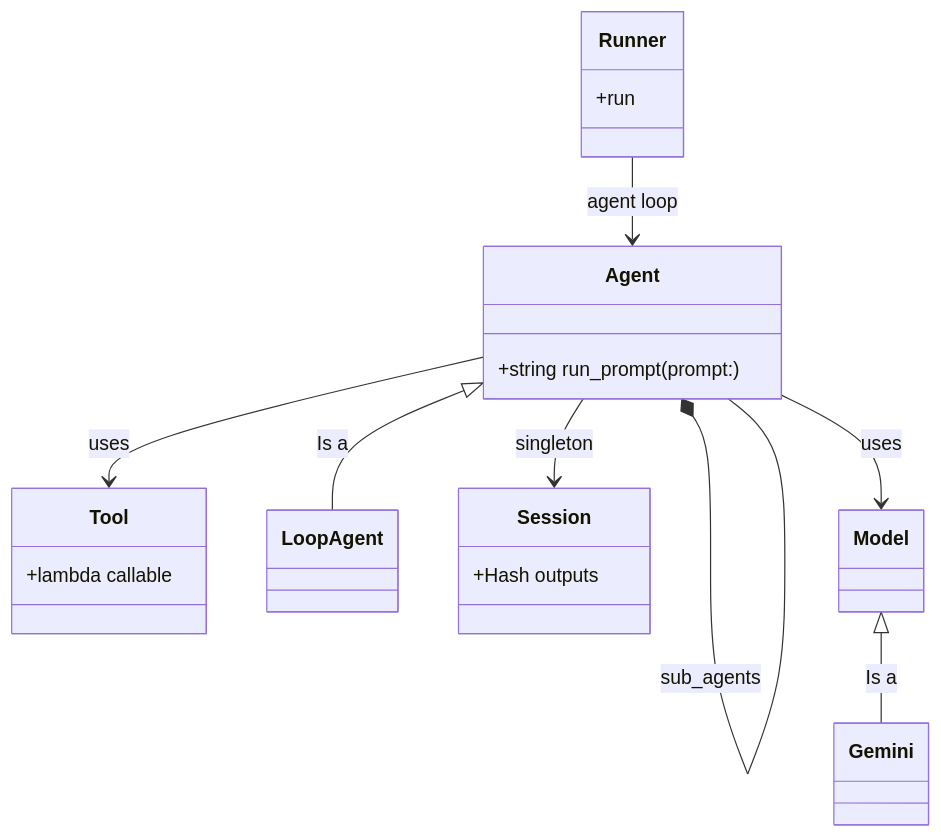
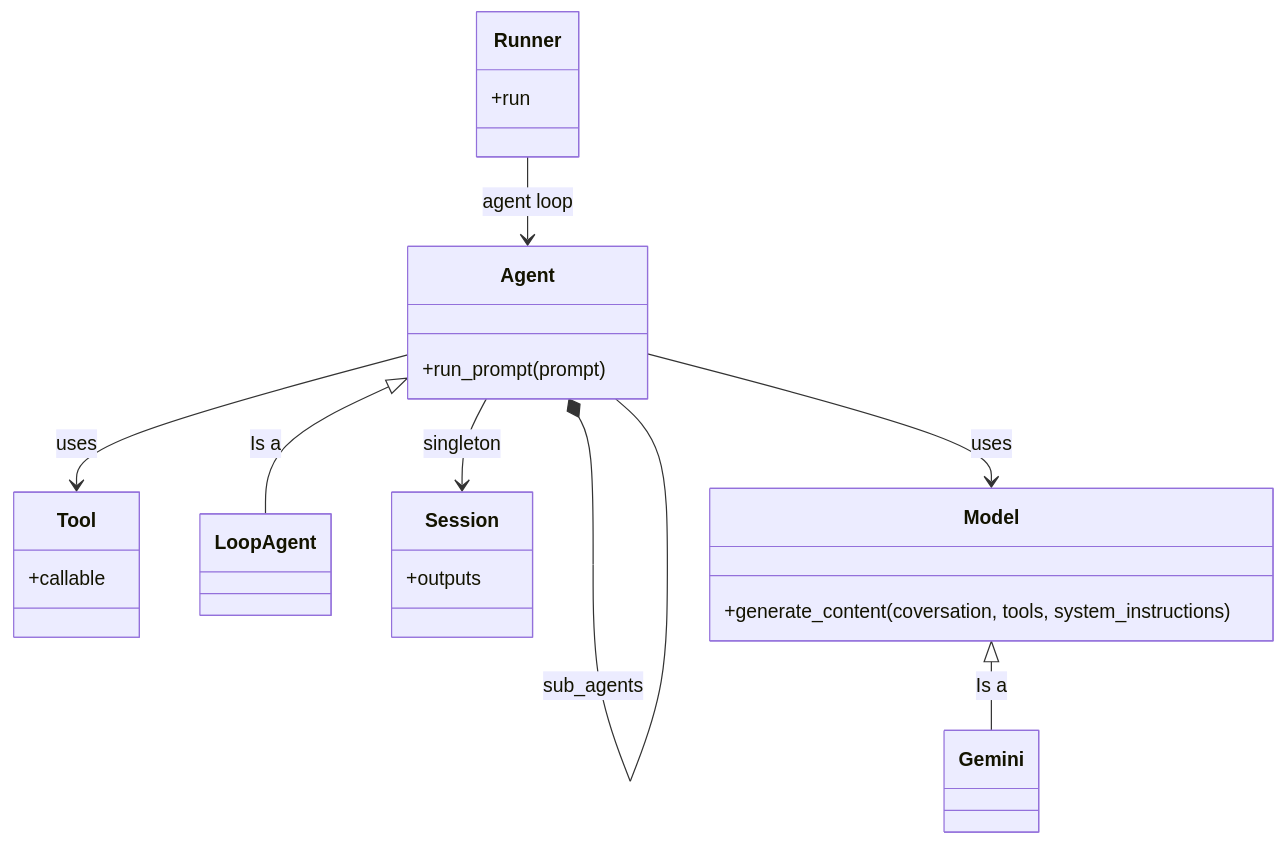
One commit to smsohan/adk-ruby changed the diagram in README.md. Above: the diagram before and after it, drawn with Mermaid.

Commit message:
updates class diagram

````diff
--- a/README.md
+++ b/README.md
@@ -63,28 +63,31 @@
 ```mermaid
 classDiagram
     class Runner{
         +run
     }
 
     class Agent{
-        +string run_prompt(prompt:)
+        +run_prompt(prompt)
     }
 
     class Tool{
-        +lambda callable
+        +callable
     }
 
     Agent <|-- LoopAgent: Is a
 
     class Session{
-        +Hash outputs
+        +outputs
     }
 
+    class Model {
+        +generate_content(coversation, tools, system_instructions)
+    }
     Model <|-- Gemini: Is a
 
     Runner --> Agent: agent loop
     Agent *-- Agent: sub_agents
     Agent --> Session: singleton
     Agent --> Model: uses
     Agent --> Tool: uses
 ```
````
